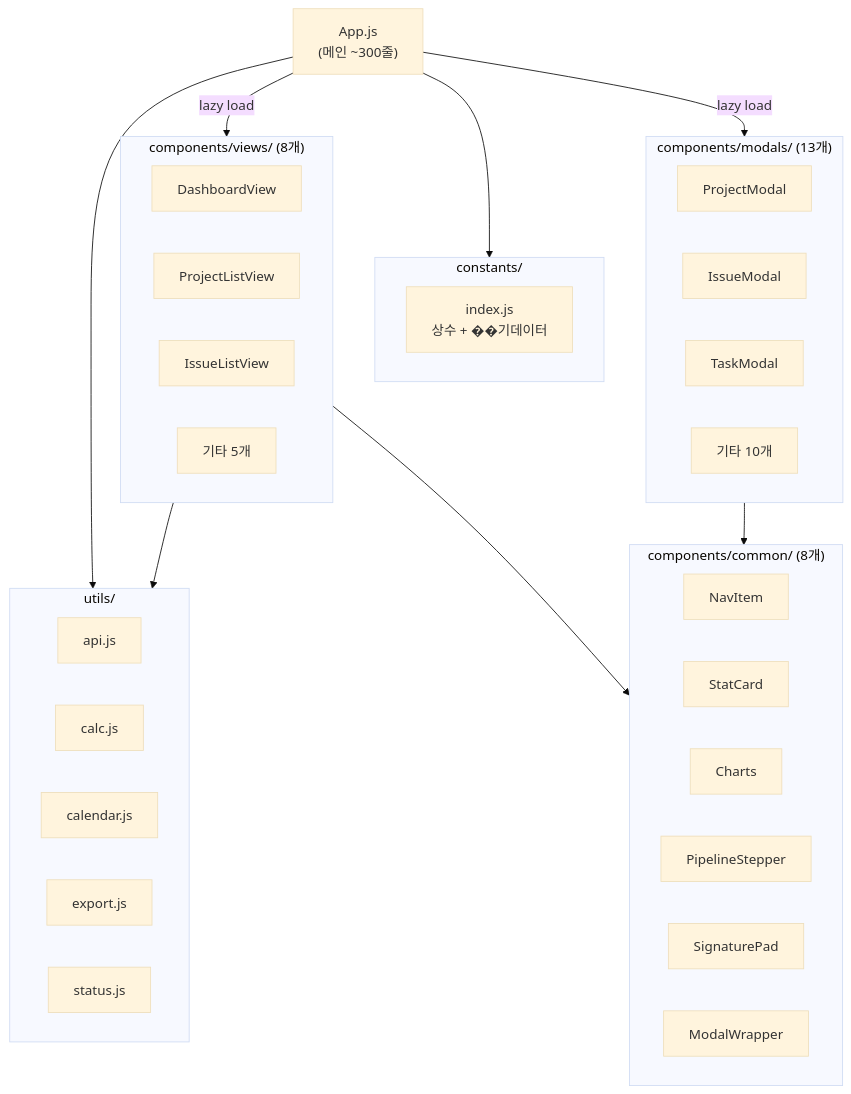
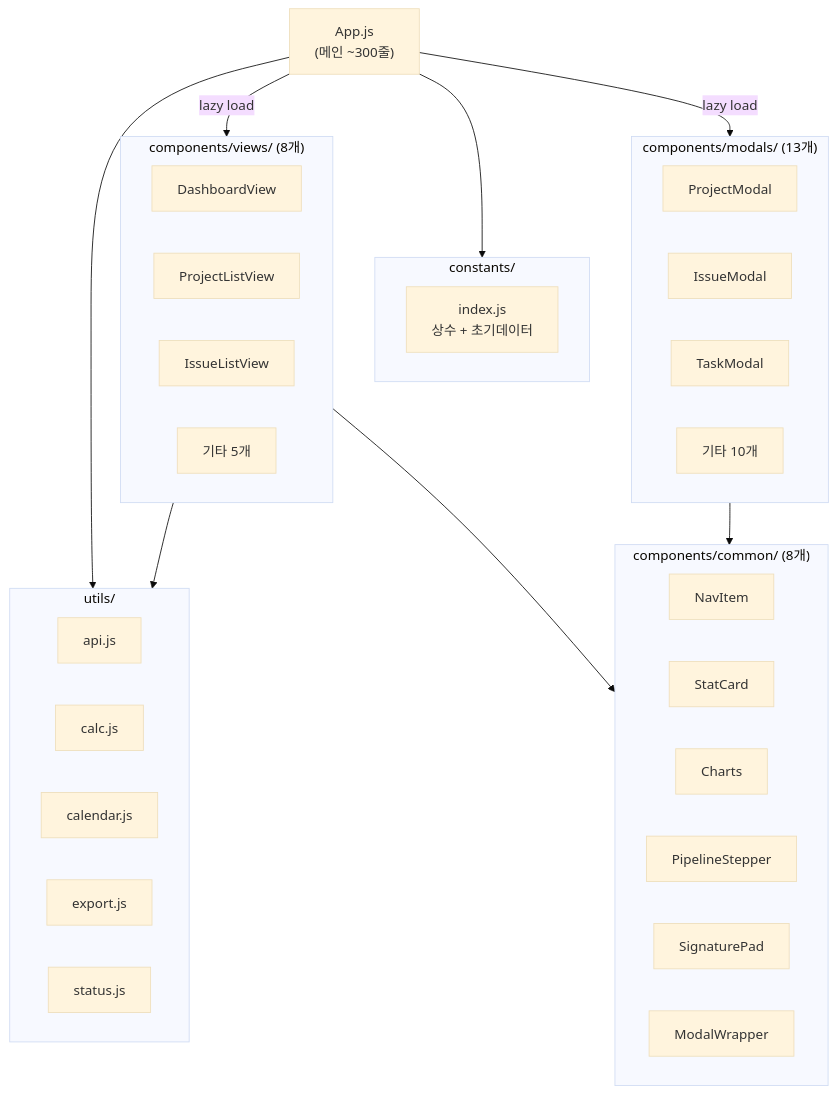
Before and after one commit to ygyun3937/eqpmsapp: the first of 9 diagrams in README.md, drawn with Mermaid (base theme). The commit also changed other lines of this file and 2 other files, not shown here.

````diff
--- a/README.md
+++ b/README.md
@@ -74,47 +74,47 @@
 ```mermaid
 graph TD
     App["App.js<br/>(메인 ~300줄)"]
     
     subgraph Constants["constants/"]
-        C1["index.js<br/>상수 + ��기데이터"]
+        C1["index.js<br/>상수 + 초기데이터"]
     end
     
     subgraph Utils["utils/"]
         U1[api.js]
         U2[calc.js]
         U3[calendar.js]
         U4[export.js]
         U5[status.js]
     end
     
     subgraph Common["components/common/ (8개)"]
         CC1[NavItem]
         CC2[StatCard]
         CC3[Charts]
         CC4[PipelineStepper]
         CC5[SignaturePad]
         CC6[ModalWrapper]
     end
     
     subgraph Modals["components/modals/ (13개)"]
         M1[ProjectModal]
         M2[IssueModal]
         M3[TaskModal]
         M4[기타 10개]
     end
     
     subgraph Views["components/views/ (8개)"]
         V1[DashboardView]
         V2[ProjectListView]
         V3[IssueListView]
         V4[기타 5개]
     end
     
     App --> Constants
     App --> Utils
     App -->|lazy load| Views
     App -->|lazy load| Modals
     Views --> Common
     Modals --> Common
     Views --> Utils
 ```
````
